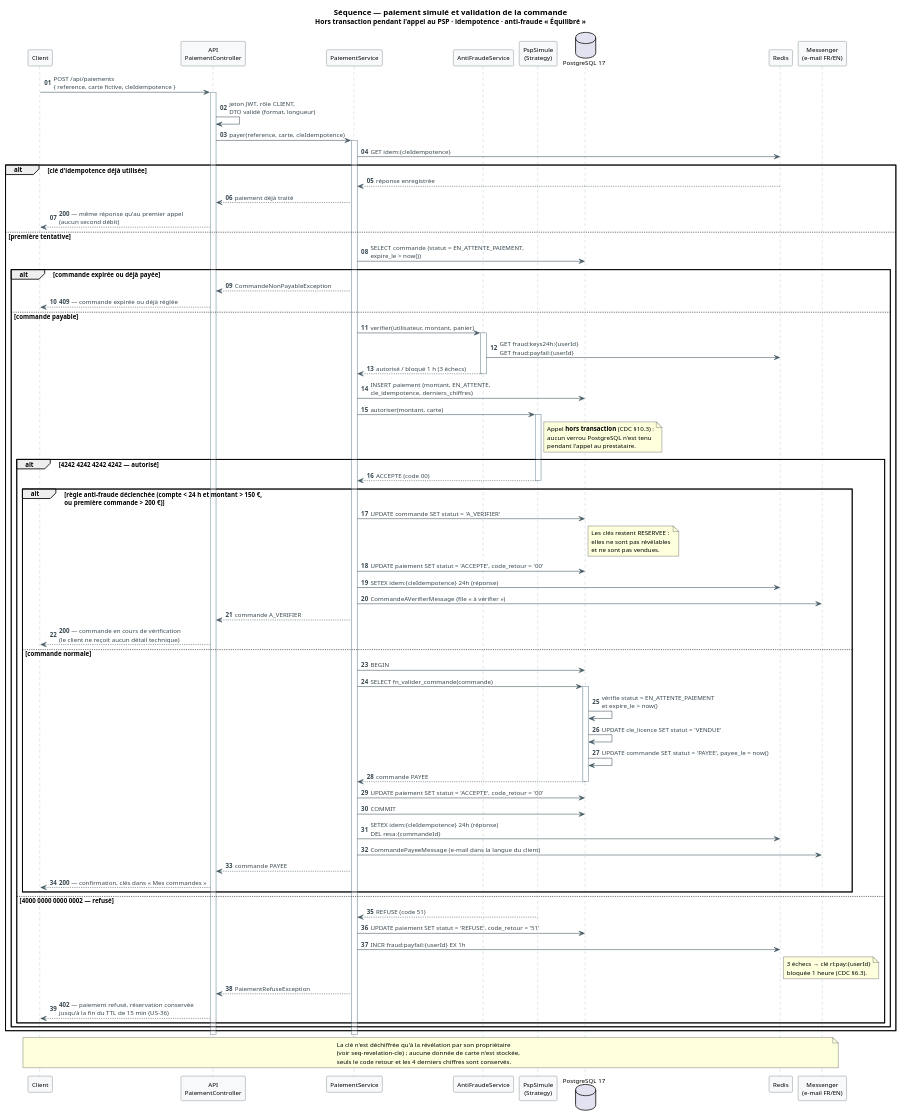
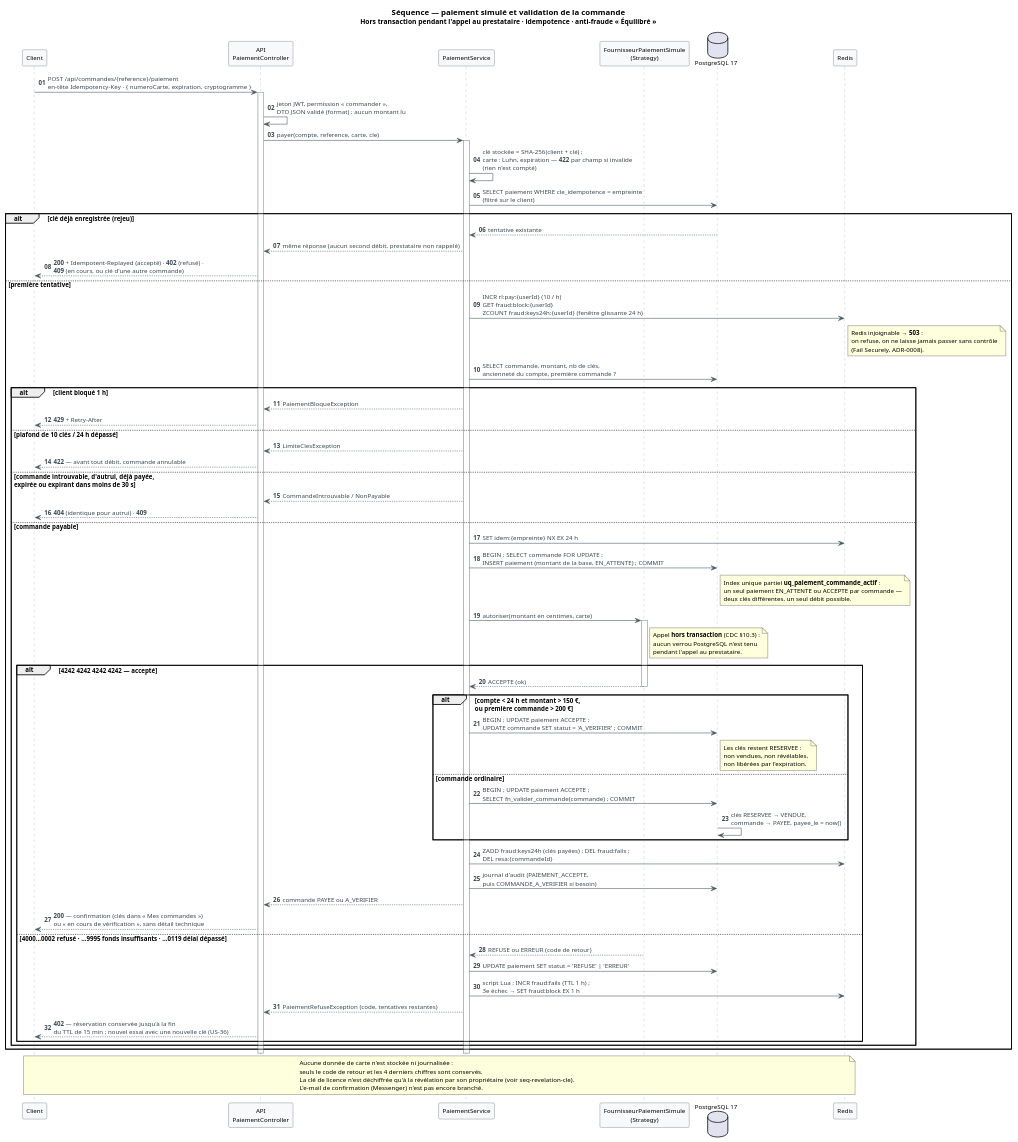
Before and after one commit to MichelSimonin/SideKey: the diagram in docs/uml/src/seq-paiement.puml, drawn with PlantUML. The commit also changed 60 other files, not shown here.

First line of the commit message:
feat(paiement): paiement simulé et anti-fraude Équilibré (F-07) (#53)

```diff
--- a/docs/uml/src/seq-paiement.puml
+++ b/docs/uml/src/seq-paiement.puml
@@ -1,108 +1,99 @@
 @startuml seq-paiement
 ' ============================================================================
 ' SideKey — Séquence : paiement simulé et validation de la commande
 ' Objet    : paiement d'une commande par carte fictive, idempotence, refus,
 '            anti-fraude « Équilibré » et validation atomique des clés.
 ' Source   : docs/cahier_des_charges_v1.2_SideKey.md §5.4, §6.2, §6.3,
-'            §6.4, §10.3, §11.6
+'            §6.4, §10.3, §11.6 ; ADR-0008 ; implémentation F-07
+'            (api/src/Service/Paiement/PaiementService.php)
 ' Exports  : docs/uml/exports/seq-paiement.svg et .png (make uml)
 ' ============================================================================
 
-title Séquence — paiement simulé et validation de la commande\n<size:12>Hors transaction pendant l'appel au PSP · idempotence · anti-fraude « Équilibré »</size>
+title Séquence — paiement simulé et validation de la commande\n<size:12>Hors transaction pendant l'appel au prestataire · idempotence · anti-fraude « Équilibré »</size>
 
 skinparam shadowing false
 skinparam defaultFontName "Segoe UI"
 skinparam defaultFontSize 11
 skinparam ArrowColor #455A64
 skinparam ArrowFontColor #37474F
 skinparam BackgroundColor #FFFFFF
 skinparam sequence {
   ArrowColor #455A64
   ActorBorderColor #37474F
   ActorBackgroundColor #F7F9FB
   LifeLineBorderColor #90A4AE
   ParticipantBorderColor #37474F
   ParticipantBackgroundColor #F7F9FB
   DividerBackgroundColor #ECEFF1
 }
 
 autonumber "<b>00"
 participant "Client" as C
 participant "API\nPaiementController" as API
 participant "PaiementService" as PAY
-participant "AntiFraudeService" as FRAUD
-participant "PspSimule\n(Strategy)" as PSP
+participant "FournisseurPaiementSimule\n(Strategy)" as PSP
 database "PostgreSQL 17" as PG
 participant "Redis" as R
-participant "Messenger\n(e-mail FR/EN)" as MQ
 
-C -> API : POST /api/paiements\n{ reference, carte fictive, cleIdempotence }
+C -> API : POST /api/commandes/{reference}/paiement\nen-tête Idempotency-Key · { numeroCarte, expiration, cryptogramme }
 activate API
-API -> API : jeton JWT, rôle CLIENT,\nDTO validé (format, longueur)
-API -> PAY : payer(reference, carte, cleIdempotence)
+API -> API : jeton JWT, permission « commander »,\nDTO JSON validé (format) ; aucun montant lu
+API -> PAY : payer(compte, reference, carte, cle)
 activate PAY
+PAY -> PAY : clé stockée = SHA-256(client + clé) ;\ncarte : Luhn, expiration — <b>422</b> par champ si invalide\n(rien n'est compté)
 
-PAY -> R : GET idem:{cleIdempotence}
-alt clé d'idempotence déjà utilisée
-  R --> PAY : réponse enregistrée
-  PAY --> API : paiement déjà traité
-  API --> C : <b>200</b> — même réponse qu'au premier appel\n(aucun second débit)
+PAY -> PG : SELECT paiement WHERE cle_idempotence = empreinte\n(filtré sur le client)
+alt clé déjà enregistrée (rejeu)
+  PG --> PAY : tentative existante
+  PAY --> API : même réponse (aucun second débit, prestataire non rappelé)
+  API --> C : <b>200</b> + Idempotent-Replayed (accepté) · <b>402</b> (refusé) ·\n<b>409</b> (en cours, ou clé d'une autre commande)
 else première tentative
-  PAY -> PG : SELECT commande (statut = EN_ATTENTE_PAIEMENT,\nexpire_le > now())
-  alt commande expirée ou déjà payée
-    PAY --> API : CommandeNonPayableException
-    API --> C : <b>409</b> — commande expirée ou déjà réglée
+  PAY -> R : INCR rl:pay:{userId} (10 / h)\nGET fraud:block:{userId}\nZCOUNT fraud:keys24h:{userId} (fenêtre glissante 24 h)
+  note right of R : Redis injoignable → <b>503</b> :\non refuse, on ne laisse jamais passer sans contrôle\n(Fail Securely, ADR-0008).
+  PAY -> PG : SELECT commande, montant, nb de clés,\nancienneté du compte, première commande ?
+  alt client bloqué 1 h
+    PAY --> API : PaiementBloqueException
+    API --> C : <b>429</b> + Retry-After
+  else plafond de 10 clés / 24 h dépassé
+    PAY --> API : LimiteClesException
+    API --> C : <b>422</b> — avant tout débit, commande annulable
+  else commande introuvable, d'autrui, déjà payée,\nexpirée ou expirant dans moins de 30 s
+    PAY --> API : CommandeIntrouvable / NonPayable
+    API --> C : <b>404</b> (identique pour autrui) · <b>409</b>
   else commande payable
-    PAY -> FRAUD : verifier(utilisateur, montant, panier)
-    activate FRAUD
-    FRAUD -> R : GET fraud:keys24h:{userId}\nGET fraud:payfail:{userId}
-    FRAUD --> PAY : autorisé / bloqué 1 h (3 échecs)
-    deactivate FRAUD
-    PAY -> PG : INSERT paiement (montant, EN_ATTENTE,\ncle_idempotence, derniers_chiffres)
-    PAY -> PSP : autoriser(montant, carte)
+    PAY -> R : SET idem:{empreinte} NX EX 24 h
+    PAY -> PG : BEGIN ; SELECT commande FOR UPDATE ;\nINSERT paiement (montant de la base, EN_ATTENTE) ; COMMIT
+    note right of PG : Index unique partiel <b>uq_paiement_commande_actif</b> :\nun seul paiement EN_ATTENTE ou ACCEPTE par commande —\ndeux clés différentes, un seul débit possible.
+    PAY -> PSP : autoriser(montant en centimes, carte)
     activate PSP
     note right of PSP : Appel <b>hors transaction</b> (CDC §10.3) :\naucun verrou PostgreSQL n'est tenu\npendant l'appel au prestataire.
-    alt 4242 4242 4242 4242 — autorisé
-      PSP --> PAY : ACCEPTE (code 00)
+    alt 4242 4242 4242 4242 — accepté
+      PSP --> PAY : ACCEPTE (ok)
       deactivate PSP
-      alt règle anti-fraude déclenchée (compte < 24 h et montant > 150 €,\nou première commande > 200 €)
-        PAY -> PG : UPDATE commande SET statut = 'A_VERIFIER'
-        note right of PG : Les clés restent RESERVEE :\nelles ne sont pas révélables\net ne sont pas vendues.
-        PAY -> PG : UPDATE paiement SET statut = 'ACCEPTE', code_retour = '00'
-        PAY -> R : SETEX idem:{cleIdempotence} 24h (réponse)
-        PAY -> MQ : CommandeAVerifierMessage (file « à vérifier »)
-        PAY --> API : commande A_VERIFIER
-        API --> C : <b>200</b> — commande en cours de vérification\n(le client ne reçoit aucun détail technique)
-      else commande normale
-        PAY -> PG : BEGIN
-        PAY -> PG : SELECT fn_valider_commande(commande)
-        activate PG
-        PG -> PG : vérifie statut = EN_ATTENTE_PAIEMENT\net expire_le > now()
-        PG -> PG : UPDATE cle_licence SET statut = 'VENDUE'
-        PG -> PG : UPDATE commande SET statut = 'PAYEE', payee_le = now()
-        PG --> PAY : commande PAYEE
-        deactivate PG
-        PAY -> PG : UPDATE paiement SET statut = 'ACCEPTE', code_retour = '00'
-        PAY -> PG : COMMIT
-        PAY -> R : SETEX idem:{cleIdempotence} 24h (réponse)\nDEL resa:{commandeId}
-        PAY -> MQ : CommandePayeeMessage (e-mail dans la langue du client)
-        PAY --> API : commande PAYEE
-        API --> C : <b>200</b> — confirmation, clés dans « Mes commandes »
+      alt compte < 24 h et montant > 150 €,\nou première commande > 200 €
+        PAY -> PG : BEGIN ; UPDATE paiement ACCEPTE ;\nUPDATE commande SET statut = 'A_VERIFIER' ; COMMIT
+        note right of PG : Les clés restent RESERVEE :\nnon vendues, non révélables,\nnon libérées par l'expiration.
+      else commande ordinaire
+        PAY -> PG : BEGIN ; UPDATE paiement ACCEPTE ;\nSELECT fn_valider_commande(commande) ; COMMIT
+        PG -> PG : clés RESERVEE → VENDUE,\ncommande → PAYEE, payee_le = now()
       end
-    else 4000 0000 0000 0002 — refusé
-      PSP --> PAY : REFUSE (code 51)
+      PAY -> R : ZADD fraud:keys24h (clés payées) ; DEL fraud:fails ;\nDEL resa:{commandeId}
+      PAY -> PG : journal d'audit (PAIEMENT_ACCEPTE,\npuis COMMANDE_A_VERIFIER si besoin)
+      PAY --> API : commande PAYEE ou A_VERIFIER
+      API --> C : <b>200</b> — confirmation (clés dans « Mes commandes »)\nou « en cours de vérification », sans détail technique
+    else 4000…0002 refusé · …9995 fonds insuffisants · …0119 délai dépassé
+      PSP --> PAY : REFUSE ou ERREUR (code de retour)
       deactivate PSP
-      PAY -> PG : UPDATE paiement SET statut = 'REFUSE', code_retour = '51'
-      PAY -> R : INCR fraud:payfail:{userId} EX 1h
-      note right of R : 3 échecs → clé rl:pay:{userId}\nbloquée 1 heure (CDC §6.3).
-      PAY --> API : PaiementRefuseException
-      API --> C : <b>402</b> — paiement refusé, réservation conservée\njusqu'à la fin du TTL de 15 min (US-36)
+      PAY -> PG : UPDATE paiement SET statut = 'REFUSE' | 'ERREUR'
+      PAY -> R : script Lua : INCR fraud:fails (TTL 1 h) ;\n3e échec → SET fraud:block EX 1 h
+      PAY --> API : PaiementRefuseException (code, tentatives restantes)
+      API --> C : <b>402</b> — réservation conservée jusqu'à la fin\ndu TTL de 15 min ; nouvel essai avec une nouvelle clé (US-36)
     end
   end
 end
 deactivate PAY
 deactivate API
 
-note over C, MQ : La clé n'est déchiffrée qu'à la révélation par son propriétaire\n(voir seq-revelation-cle) ; aucune donnée de carte n'est stockée,\nseuls le code retour et les 4 derniers chiffres sont conservés.
+note over C, R : Aucune donnée de carte n'est stockée ni journalisée :\nseuls le code de retour et les 4 derniers chiffres sont conservés.\nLa clé de licence n'est déchiffrée qu'à la révélation par son propriétaire (voir seq-revelation-cle).\nL'e-mail de confirmation (Messenger) n'est pas encore branché.
 
 @enduml
```
